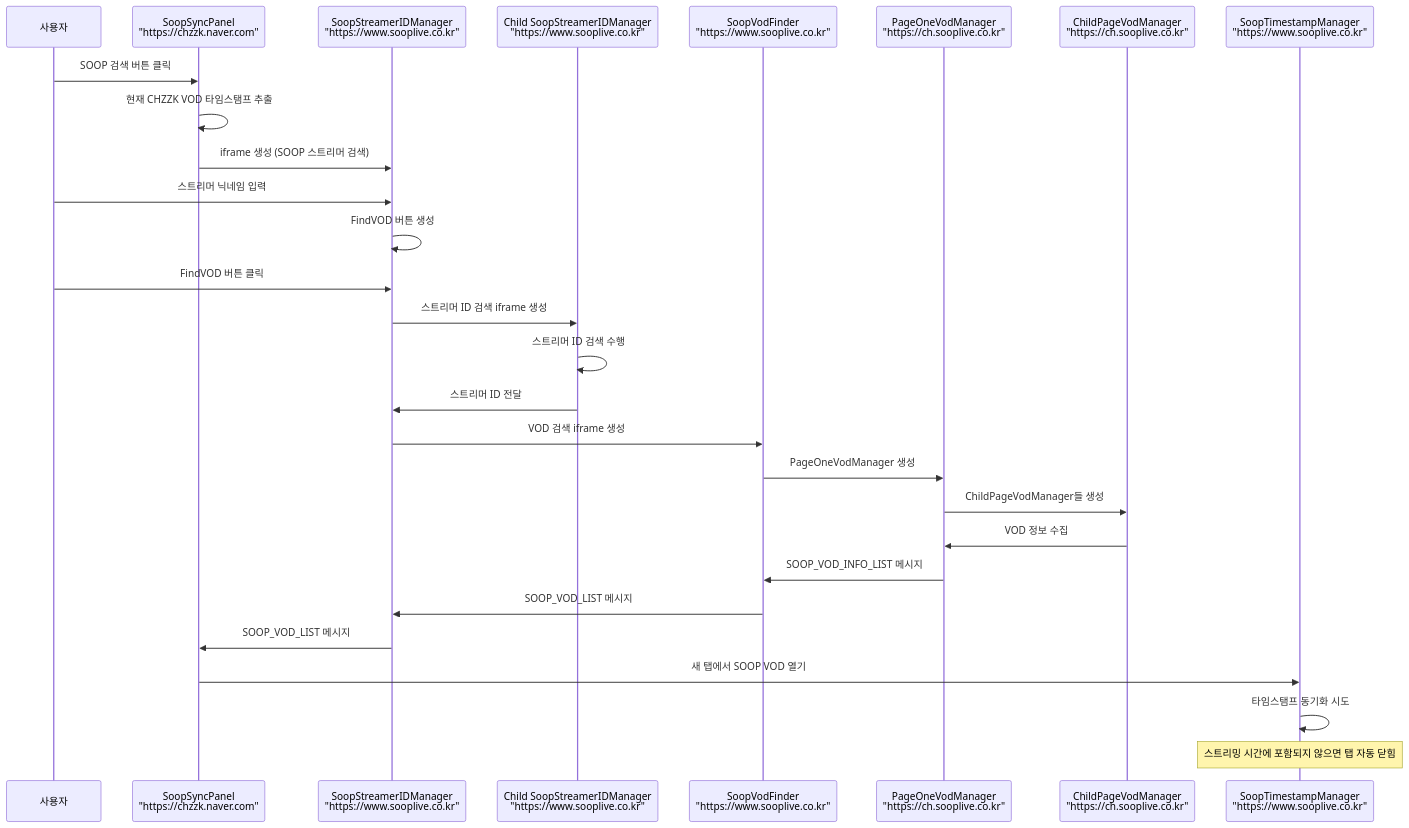
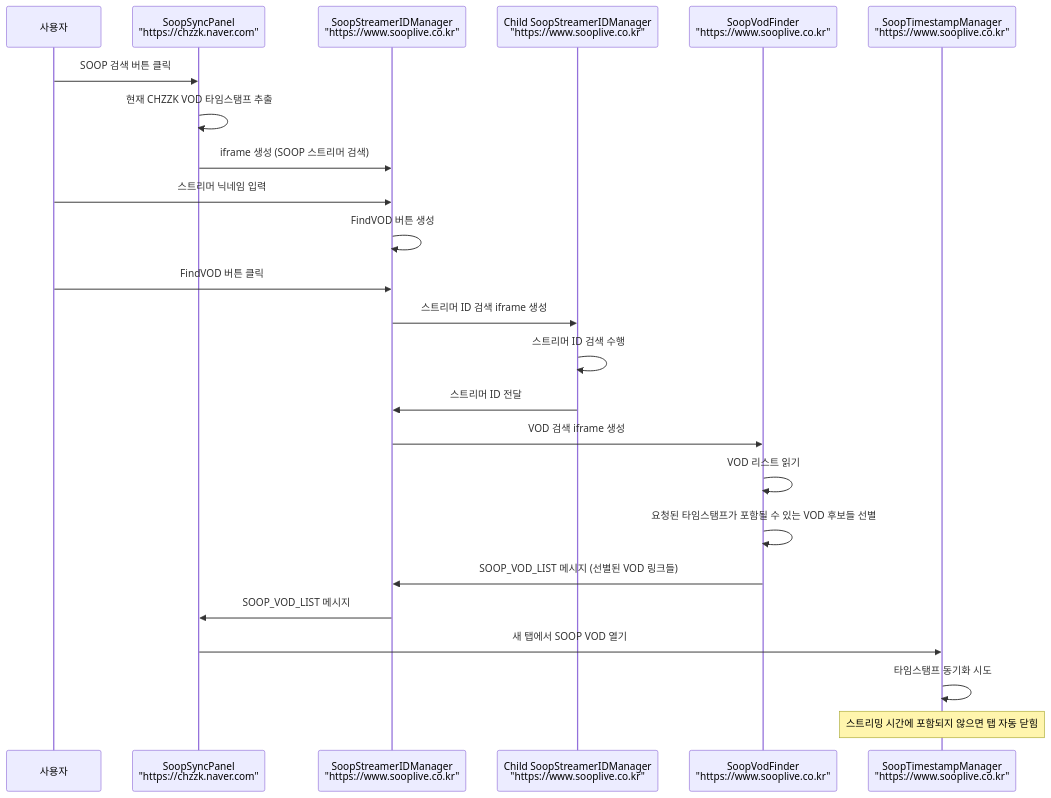
One commit to AINukeHere/VOD-Synchronizer changed the third of 3 diagrams in doc/communication_flow.md. Above: the diagram before and after it, drawn with Mermaid. The commit also changed other lines of this file and 1 other file, not shown here.

````diff
--- a/doc/communication_flow.md
+++ b/doc/communication_flow.md
@@ -78,36 +73,31 @@
 ```mermaid
 sequenceDiagram
     participant User as 사용자
     participant SoopPanel as SoopSyncPanel<br/>"https://chzzk.naver.com"
     participant StreamerManager as SoopStreamerIDManager<br/>"https://www.sooplive.co.kr"
     participant ChildStreamerManager as Child SoopStreamerIDManager<br/>"https://www.sooplive.co.kr"
     participant VodFinder as SoopVodFinder<br/>"https://www.sooplive.co.kr"
-    participant PageManager as PageOneVodManager<br/>"https://ch.sooplive.co.kr"
-    participant ChildManager as ChildPageVodManager<br/>"https://ch.sooplive.co.kr"
     participant TimestampManager as SoopTimestampManager<br/>"https://www.sooplive.co.kr"
 
     User->>SoopPanel: SOOP 검색 버튼 클릭
     SoopPanel->>SoopPanel: 현재 CHZZK VOD 타임스탬프 추출
     SoopPanel->>StreamerManager: iframe 생성 (SOOP 스트리머 검색)
     
     User->>StreamerManager: 스트리머 닉네임 입력
     StreamerManager->>StreamerManager: FindVOD 버튼 생성
     User->>StreamerManager: FindVOD 버튼 클릭
     StreamerManager->>ChildStreamerManager: 스트리머 ID 검색 iframe 생성
     
     ChildStreamerManager->>ChildStreamerManager: 스트리머 ID 검색 수행
     ChildStreamerManager->>StreamerManager: 스트리머 ID 전달
     StreamerManager->>VodFinder: VOD 검색 iframe 생성
     
-    VodFinder->>PageManager: PageOneVodManager 생성
-    PageManager->>ChildManager: ChildPageVodManager들 생성
-    
-    ChildManager->>PageManager: VOD 정보 수집
-    PageManager->>VodFinder: SOOP_VOD_INFO_LIST 메시지
-    VodFinder->>StreamerManager: SOOP_VOD_LIST 메시지
+    VodFinder->>VodFinder: VOD 리스트 읽기
+    VodFinder->>VodFinder: 요청된 타임스탬프가 포함될 수 있는 VOD 후보들 선별
+    VodFinder->>StreamerManager: SOOP_VOD_LIST 메시지 (선별된 VOD 링크들)
     StreamerManager->>SoopPanel: SOOP_VOD_LIST 메시지
     
     SoopPanel->>TimestampManager: 새 탭에서 SOOP VOD 열기
     TimestampManager->>TimestampManager: 타임스탬프 동기화 시도
     Note over TimestampManager: 스트리밍 시간에 포함되지 않으면 탭 자동 닫힘
 ```
````
